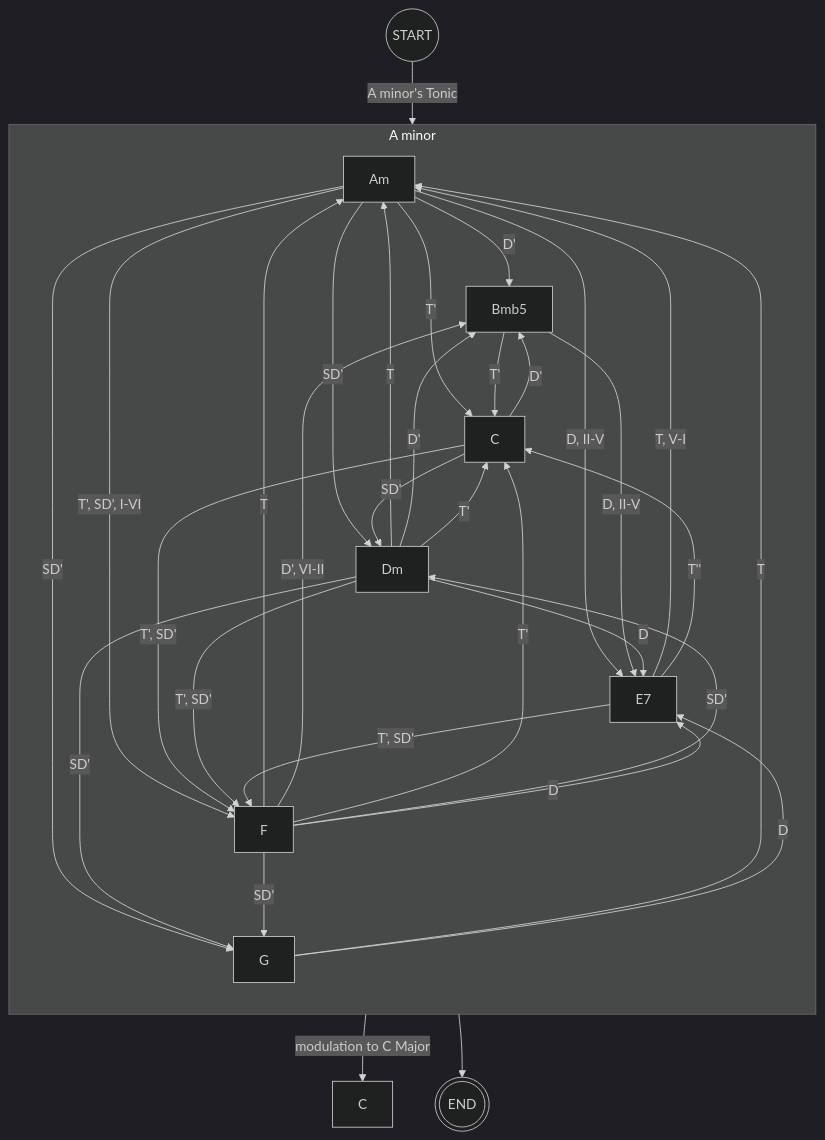
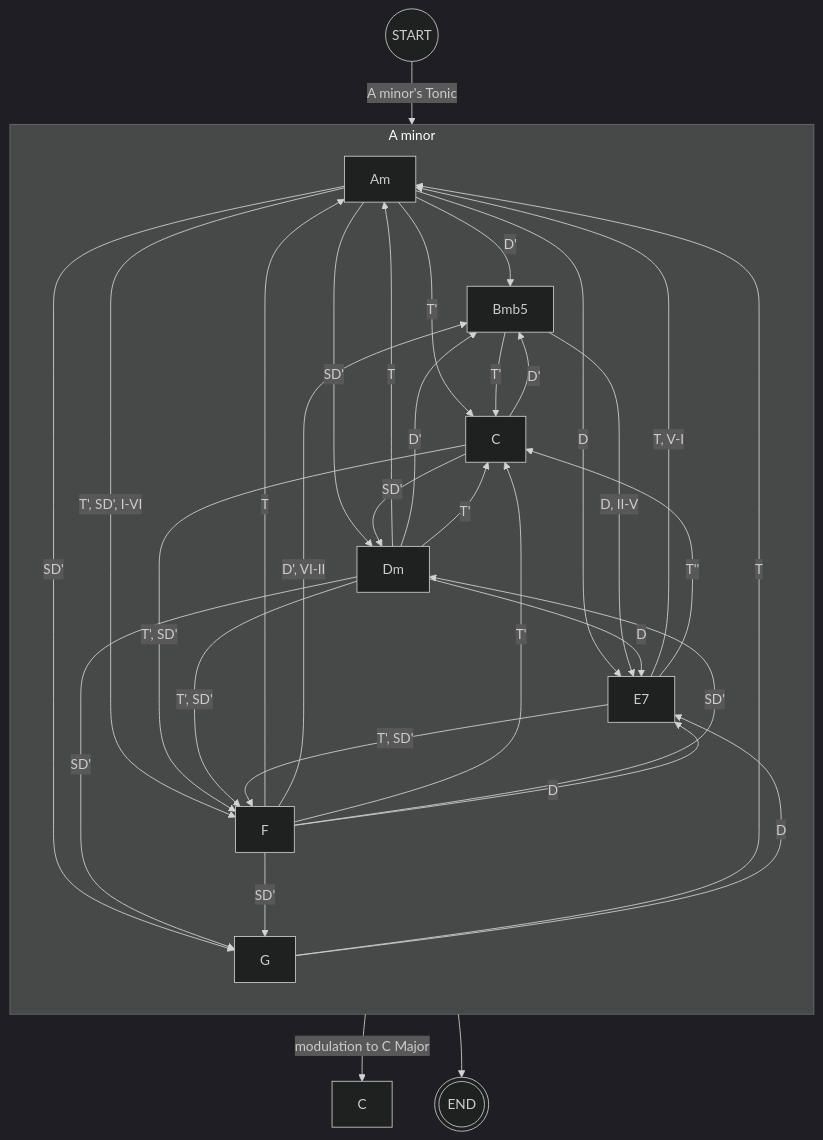
Before and after one commit to Cartman0/chord: the diagram in AminorSTD.md, drawn with Mermaid (dark theme).

````diff
--- a/AminorSTD.md
+++ b/AminorSTD.md
@@ -1,58 +1,58 @@
 ```mermaid
 flowchart TB
   %% COMMON
   S((START));
   Q(((END)));
 
   S --"A minor's Tonic" --> Am;
   subgraph "A minor"
     direction TB;
 
     E7_Am[E7];
 
     %%  Am
     Am --"D'"--> Bmb5;
     Am --"T'"--> C;
     Am -- "SD'" --> Dm;
-    Am -- "D, II-V" --> E7_Am;
+    Am -- "D" --> E7_Am;
     Am -- "T', SD', I-VI" --> F;
     Am -- "SD'" --> G;
 
     %% Bmb5
     Bmb5 -- T' --> C;
     Bmb5 -- "D, II-V" --> E7_Am;
 
     %% C トニック代理
     C-- "D'" -->Bmb5;
     C-- "SD'" -->Dm;
     C-- "T', SD'" -->F;
 
     %% Dm
     Dm -- "T" --> Am;
     Dm -- "D'" --> Bmb5;
     Dm -- "T'" --> C;
     Dm -- "D" --> E7_Am;
     Dm -- "T', SD'" --> F;
     Dm -- "SD'" --> G;
 
     %% E7
     E7_Am -- "T, V-I" --> Am;
     E7_Am -- "T''" --> C;
     E7_Am -- "T', SD' " --> F;
 
     %% F　トニック代理、サブドミナント代理
     F -- "T" --> Am;
     F-- "D', VI-II" -->Bmb5;
     F -- "T'" --> C;
     F --"SD'"--> Dm;
     F -- "D" --> E7_Am;
     F -- "SD'" -->G;
 
     %% G　サブドミナント代理
     G -- "T" --> Am;
     G -- "D" --> E7_Am;
   end
   
   G -- "modulation to C Major" --> C_CM[C];
   Am --> Q;
 ```
````
